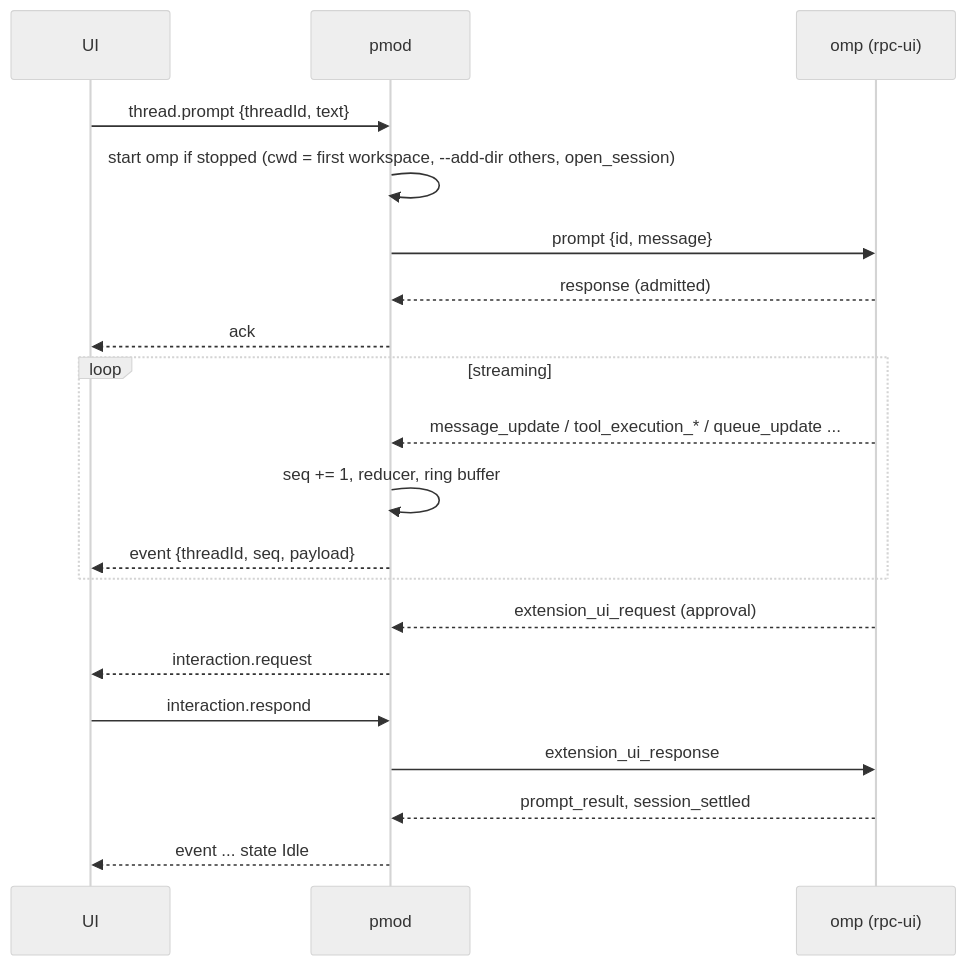
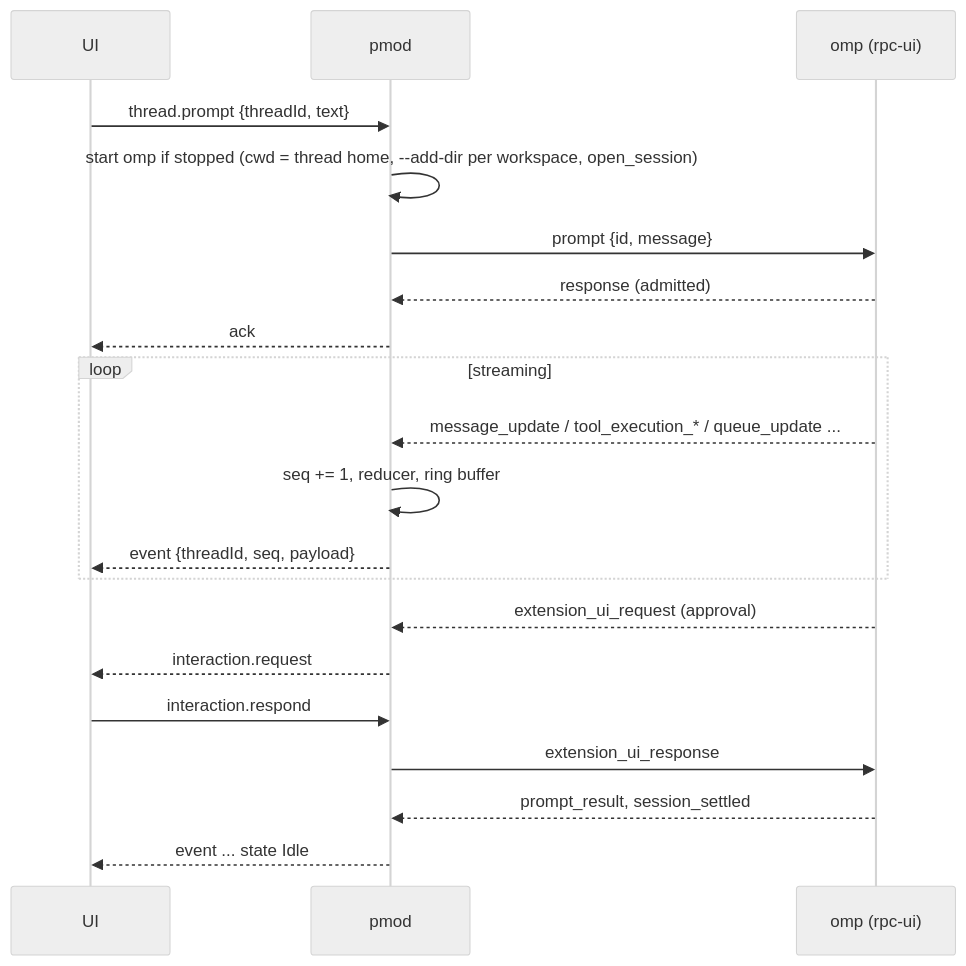
Before and after one commit to TonioGela/omfp: the third of 3 diagrams in docs/specs/00-overview.md, drawn with Mermaid (neutral theme). The commit also changed other lines of this file and 7 other files, not shown here.

Commit message:
docs(specs): record thread home cwd, network exposure and bundled omp decisions

````diff
--- a/docs/specs/00-overview.md
+++ b/docs/specs/00-overview.md
@@ -106,22 +104,22 @@
 ```mermaid
 sequenceDiagram
   participant UI
   participant D as pmod
   participant O as omp (rpc-ui)
   UI->>D: thread.prompt {threadId, text}
-  D->>D: start omp if stopped (cwd = first workspace, --add-dir others, open_session)
+  D->>D: start omp if stopped (cwd = thread home, --add-dir per workspace, open_session)
   D->>O: prompt {id, message}
   O-->>D: response (admitted)
   D-->>UI: ack
   loop streaming
     O-->>D: message_update / tool_execution_* / queue_update ...
     D->>D: seq += 1, reducer, ring buffer
     D-->>UI: event {threadId, seq, payload}
   end
   O-->>D: extension_ui_request (approval)
   D-->>UI: interaction.request
   UI->>D: interaction.respond
   D->>O: extension_ui_response
   O-->>D: prompt_result, session_settled
   D-->>UI: event ... state Idle
 ```
````
